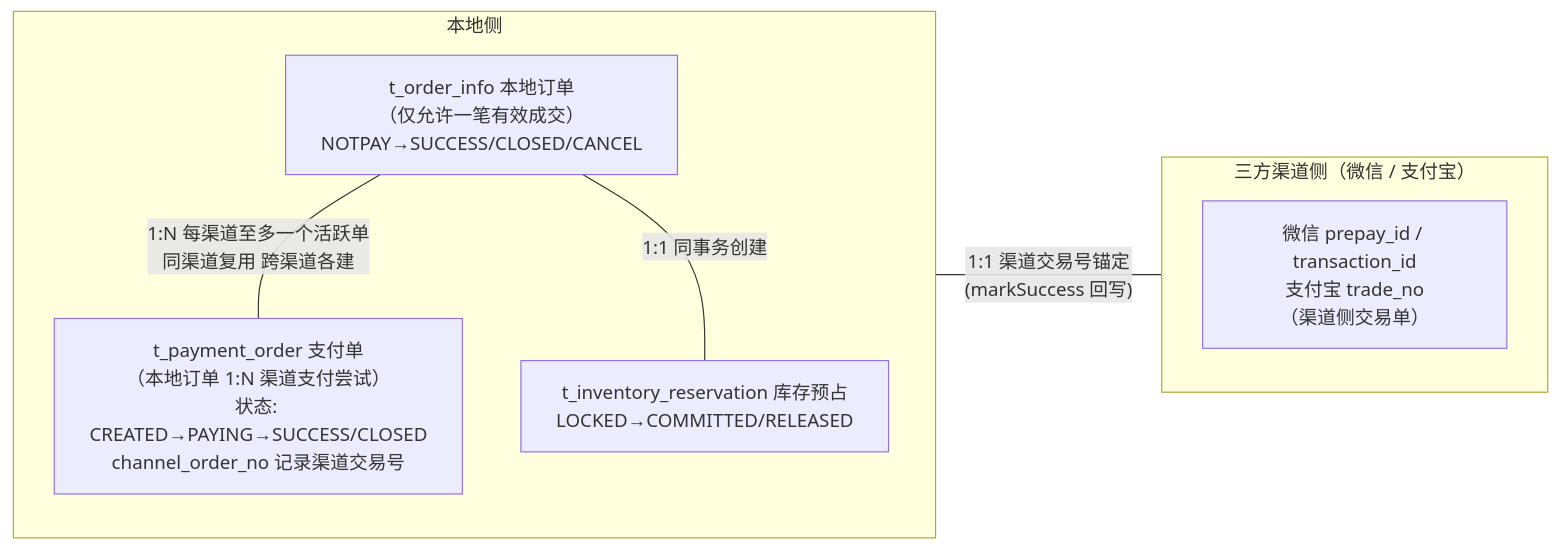
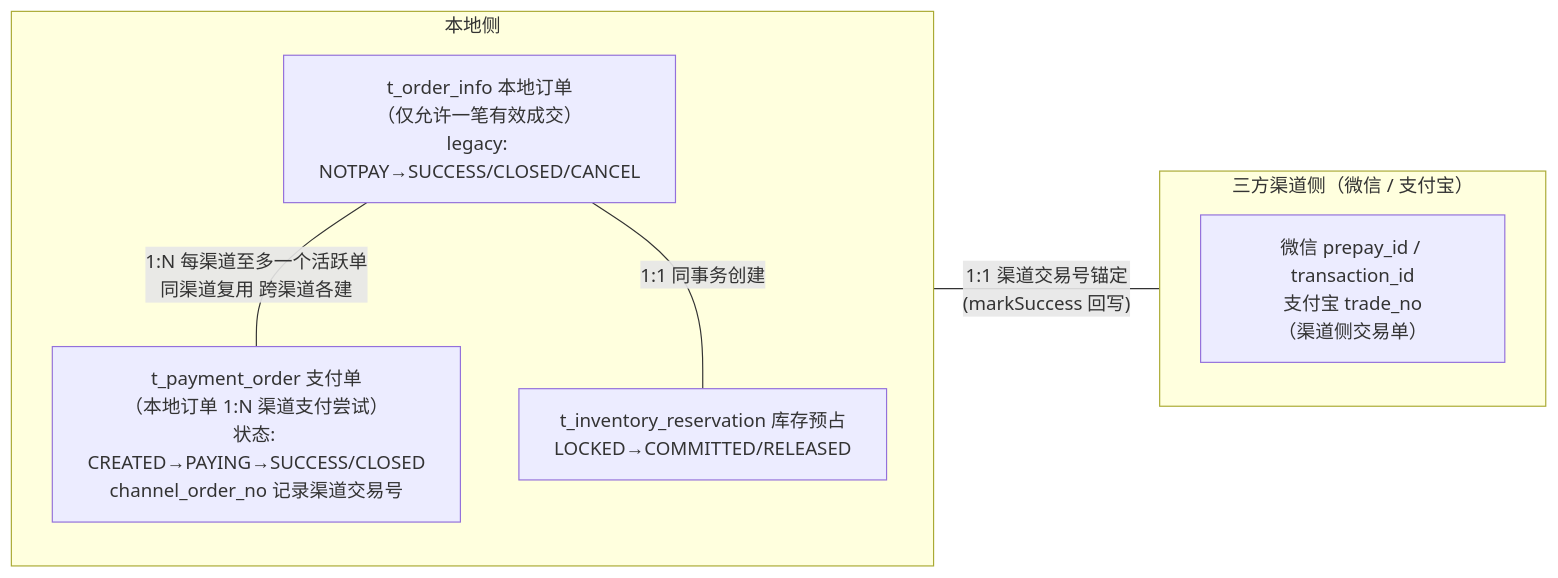
Before and after one commit to cpc-lib/mall: the first of 5 diagrams in CODE_INTRO.md, drawn with Mermaid. The commit also changed other lines of this file and 2 other files, not shown here.

````diff
--- a/CODE_INTRO.md
+++ b/CODE_INTRO.md
@@ -140,17 +132,17 @@
 ```mermaid
 flowchart LR
     subgraph CH["三方渠道侧（微信 / 支付宝）"]
         direction TB
         C1["微信 prepay_id / transaction_id<br/>支付宝 trade_no<br/>（渠道侧交易单）"]
     end
 
     subgraph LOC["本地侧"]
         direction TB
         P["t_payment_order 支付单<br/>（本地订单 1:N 渠道支付尝试）<br/>状态: CREATED→PAYING→SUCCESS/CLOSED<br/>channel_order_no 记录渠道交易号"]
-        O["t_order_info 本地订单<br/>（仅允许一笔有效成交）<br/>NOTPAY→SUCCESS/CLOSED/CANCEL"]
+        O["t_order_info 本地订单<br/>（仅允许一笔有效成交）<br/>legacy: NOTPAY→SUCCESS/CLOSED/CANCEL"]
         R["t_inventory_reservation 库存预占<br/>LOCKED→COMMITTED/RELEASED"]
         O ---|"1:N 每渠道至多一个活跃单<br/>同渠道复用 跨渠道各建"| P
         O ---|"1:1 同事务创建"| R
         P ---|"1:1 渠道交易号锚定<br/>(markSuccess 回写)"| C1
     end
 ```
````
